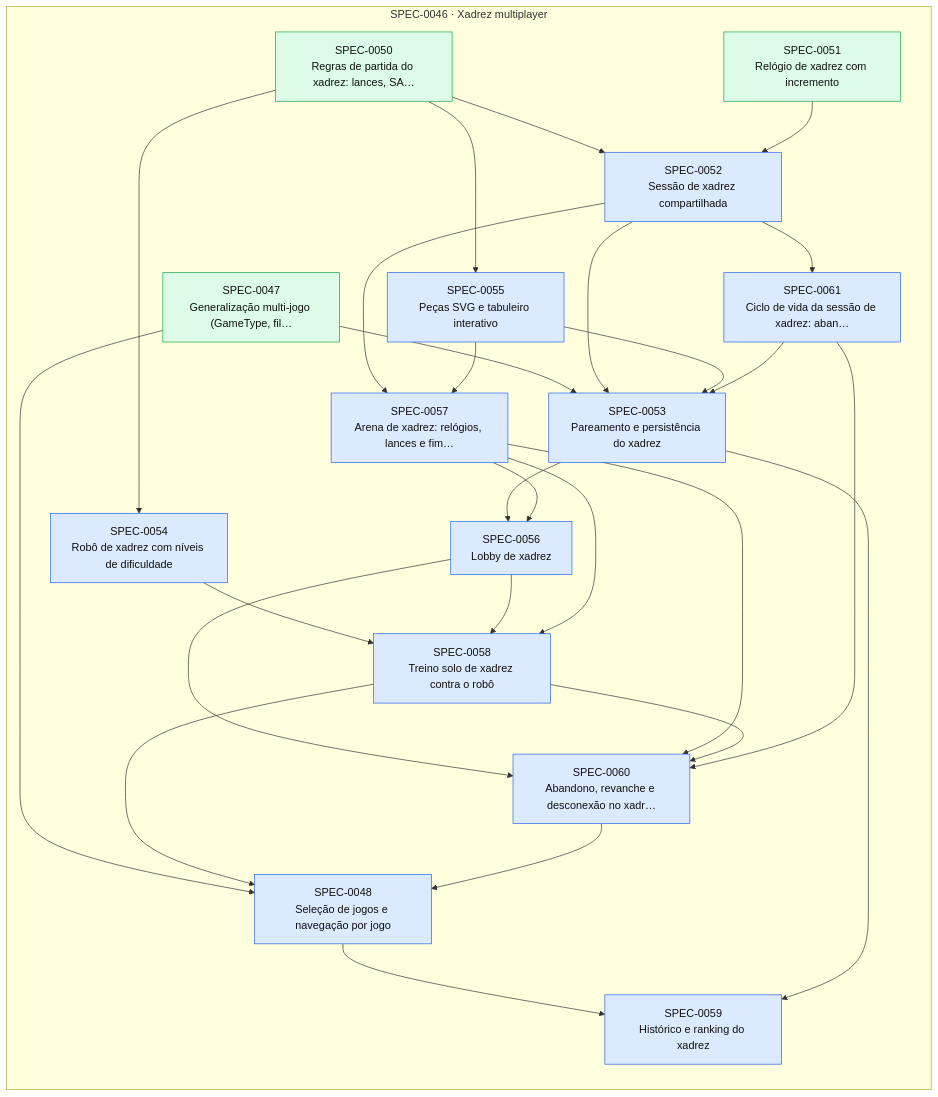
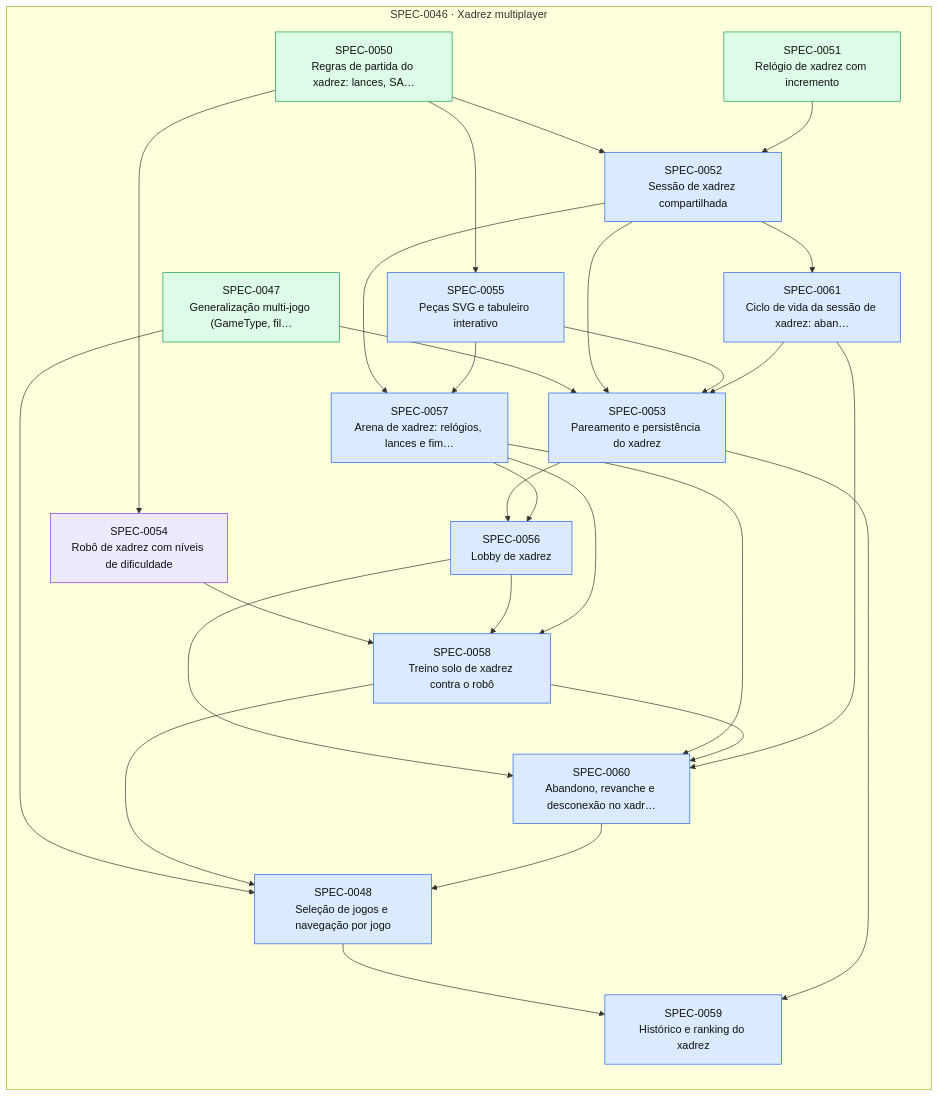
The diagram in docs/specs/INDEX.md (thomasravache/jogo-da-velha-multiplayer), drawn with Mermaid before and after one commit. The commit also changed other lines of this file and 1 other file, not shown here.

First line of the commit message:
docs(specs): registrar gates G1-G4 da SPEC-0054

````diff
--- a/docs/specs/INDEX.md
+++ b/docs/specs/INDEX.md
@@ -47,49 +47,49 @@
 ```mermaid
 flowchart LR
   subgraph E0046["SPEC-0046 · Xadrez multiplayer"]
     S0047["SPEC-0047<br/>Generalização multi-jogo (GameType, fil…"]:::implemented
     S0048["SPEC-0048<br/>Seleção de jogos e navegação por jogo"]:::approved
     S0050["SPEC-0050<br/>Regras de partida do xadrez: lances, SA…"]:::implemented
     S0051["SPEC-0051<br/>Relógio de xadrez com incremento"]:::implemented
     S0052["SPEC-0052<br/>Sessão de xadrez compartilhada"]:::approved
     S0053["SPEC-0053<br/>Pareamento e persistência do xadrez"]:::approved
-    S0054["SPEC-0054<br/>Robô de xadrez com níveis de dificuldade"]:::approved
+    S0054["SPEC-0054<br/>Robô de xadrez com níveis de dificuldade"]:::inprogress
     S0055["SPEC-0055<br/>Peças SVG e tabuleiro interativo"]:::approved
     S0056["SPEC-0056<br/>Lobby de xadrez"]:::approved
     S0057["SPEC-0057<br/>Arena de xadrez: relógios, lances e fim…"]:::approved
     S0058["SPEC-0058<br/>Treino solo de xadrez contra o robô"]:::approved
     S0059["SPEC-0059<br/>Histórico e ranking do xadrez"]:::approved
     S0060["SPEC-0060<br/>Abandono, revanche e desconexão no xadr…"]:::approved
     S0061["SPEC-0061<br/>Ciclo de vida da sessão de xadrez: aban…"]:::approved
   end
   S0047 --> S0048
   S0058 --> S0048
   S0060 --> S0048
   S0050 --> S0052
   S0051 --> S0052
   S0047 --> S0053
   S0052 --> S0053
   S0055 --> S0053
   S0061 --> S0053
   S0050 --> S0054
   S0050 --> S0055
   S0053 --> S0056
   S0057 --> S0056
   S0052 --> S0057
   S0055 --> S0057
   S0054 --> S0058
   S0056 --> S0058
   S0057 --> S0058
   S0048 --> S0059
   S0053 --> S0059
   S0056 --> S0060
   S0057 --> S0060
   S0058 --> S0060
   S0061 --> S0060
   S0052 --> S0061
   classDef proposed fill:#fef3c7,stroke:#d97706,color:#111
   classDef approved fill:#dbeafe,stroke:#2563eb,color:#111
   classDef inprogress fill:#ede9fe,stroke:#7c3aed,color:#111
   classDef implemented fill:#dcfce7,stroke:#16a34a,color:#111
   classDef deprecated fill:#f3f4f6,stroke:#9ca3af,color:#6b7280
 ```
````
